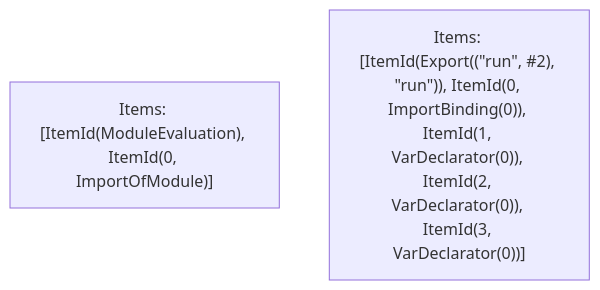
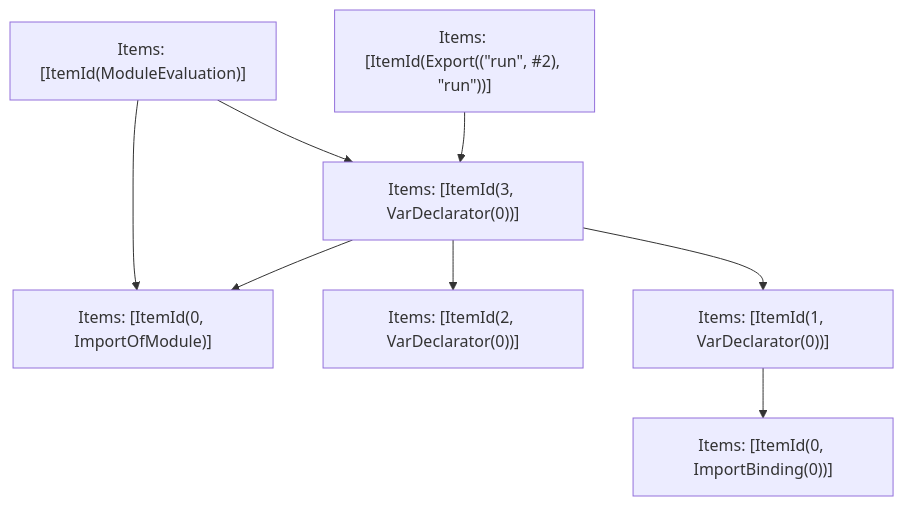
Before and after one commit to vercel/turborepo: the fifth of 5 diagrams in crates/turbopack-ecmascript/tests/tree-shaker/analyzer/ipc-evaluate/output.md, drawn with Mermaid. The commit also changed other lines of this file and 106 other files, not shown here.

````diff
--- a/crates/turbopack-ecmascript/tests/tree-shaker/analyzer/ipc-evaluate/output.md
+++ b/crates/turbopack-ecmascript/tests/tree-shaker/analyzer/ipc-evaluate/output.md
@@ -212,5 +218,17 @@
 ```mermaid
 graph TD
-    N0["Items: [ItemId(ModuleEvaluation), ItemId(0, ImportOfModule)]"];
-    N1["Items: [ItemId(Export((&quot;run&quot;, #2), &quot;run&quot;)), ItemId(0, ImportBinding(0)), ItemId(1, VarDeclarator(0)), ItemId(2, VarDeclarator(0)), ItemId(3, VarDeclarator(0))]"];
+    N0["Items: [ItemId(0, ImportOfModule)]"];
+    N1["Items: [ItemId(2, VarDeclarator(0))]"];
+    N2["Items: [ItemId(0, ImportBinding(0))]"];
+    N3["Items: [ItemId(1, VarDeclarator(0))]"];
+    N4["Items: [ItemId(3, VarDeclarator(0))]"];
+    N5["Items: [ItemId(ModuleEvaluation)]"];
+    N6["Items: [ItemId(Export((&quot;run&quot;, #2), &quot;run&quot;))]"];
+    N3 --> N2;
+    N4 --> N3;
+    N4 --> N1;
+    N4 --> N0;
+    N6 --> N4;
+    N5 --> N0;
+    N5 --> N4;
 ```
````
